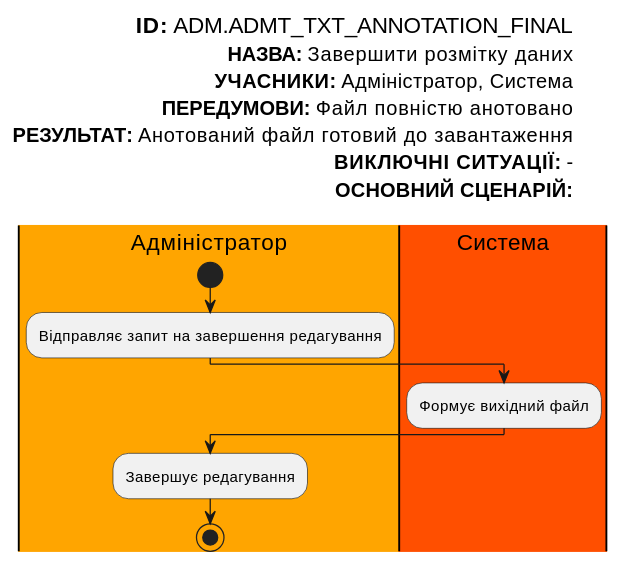
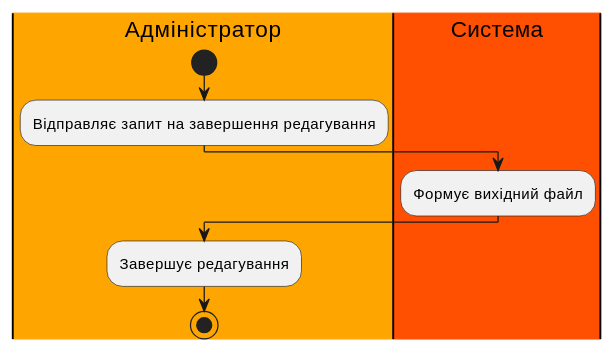
Diagram 16 of 16 in docs/use cases/README.md (boldak/edu-db-cw), drawn with PlantUML before and after one commit. The commit also changed other lines of this file, not shown here.

```diff
--- a/docs/use cases/README.md
+++ b/docs/use cases/README.md
@@ -510,23 +471,12 @@
 @startuml
-
-left header
-<font color=000 size=18><b>ID:</b> ADM.ADMT_TXT_ANNOTATION_FINAL
-<font color=000 size=16><b>НАЗВА:</b> Завершити розмітку даних
-<font color=000 size=16><b>УЧАСНИКИ:</b> Адміністратор, Система
-<font color=000 size=16><b>ПЕРЕДУМОВИ:</b> Файл повністю анотовано
-<font color=000 size=16><b>РЕЗУЛЬТАТ:</b> Анотований файл готовий до завантаження
-<font color=000 size=16><b>ВИКЛЮЧНІ СИТУАЦІЇ:</b> -
-<font color=000 size=16><b>ОСНОВНИЙ СЦЕНАРІЙ:</b>
-
-end header
 
 
 |#FFA500|Адміністратор|
   start
 :Відправляє запит на завершення редагування;
   |#FF4F00|Система|
 :Формує вихідний файл;
   |Адміністратор|
   :Завершує редагування;
   stop;
 @enduml
```
